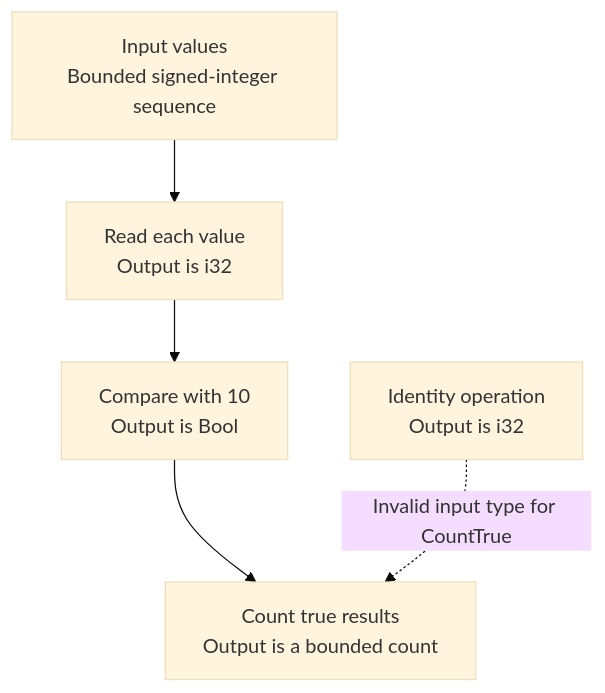
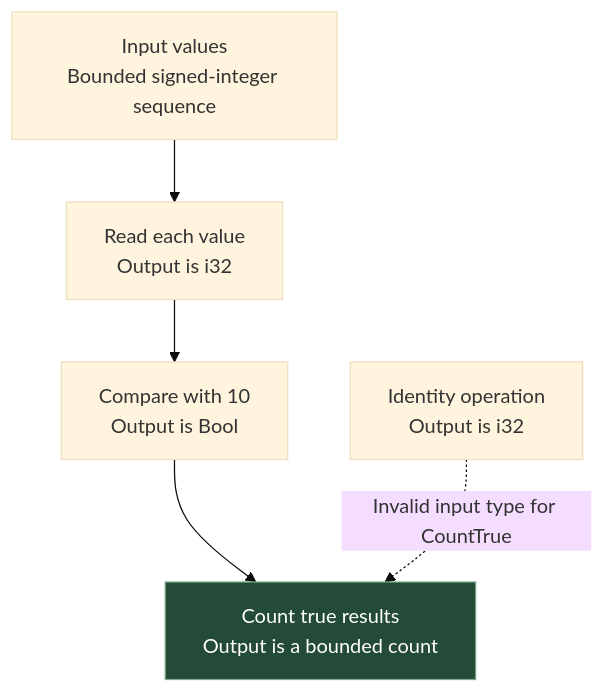
Before and after one commit to Kian-hdr/lore-demo: the second of 6 diagrams in docs/Subsystems.md, drawn with Mermaid (base theme). The commit also changed other lines of this file and 7 other files, not shown here.

Commit message:
IND-317 visualize memory architecture and use numeric hierarchy codes

````diff
--- a/docs/Subsystems.md
+++ b/docs/Subsystems.md
@@ -26,7 +30,9 @@
 ```mermaid
 flowchart TD
     A["Input values<br/>Bounded signed-integer sequence"] --> B["Read each value<br/>Output is i32"]
     B --> C["Compare with 10<br/>Output is Bool"]
     C --> D["Count true results<br/>Output is a bounded count"]
     E["Identity operation<br/>Output is i32"] -. "Invalid input type for CountTrue" .-> D
+    classDef check fill:#234b38,stroke:#7ba98c,color:#ffffff;
+    class D check;
 ```
````
